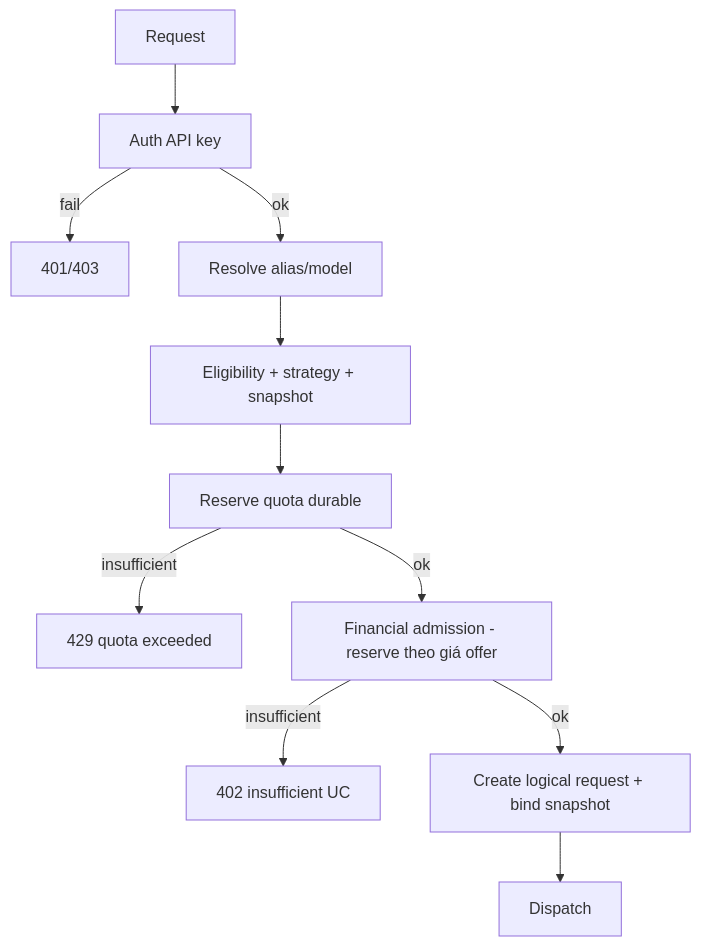
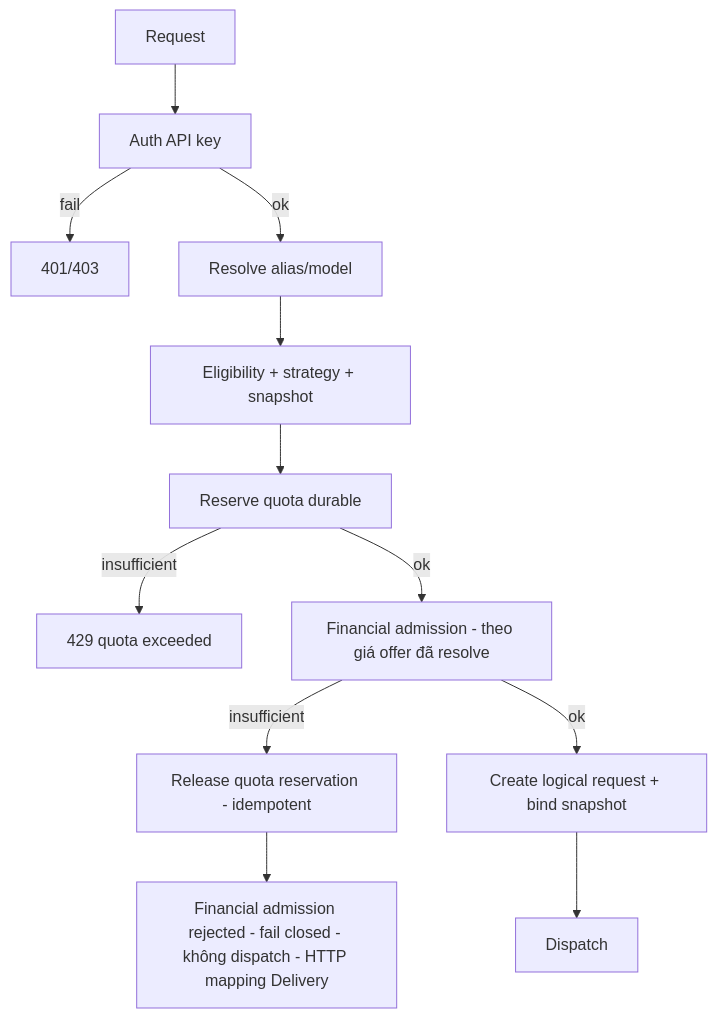
One commit to ecoma-io/ecoma changed the third of 7 diagrams in docs/applications/llm-api/01-architecture.md. Above: the diagram before and after it, drawn with Mermaid. The commit also changed other lines of this file and 18 other files, not shown here.

First line of the commit message:
docs: resolve adversarial review findings on internal sponsorship financial model

````diff
--- a/docs/applications/llm-api/01-architecture.md
+++ b/docs/applications/llm-api/01-architecture.md
@@ -183,13 +196,14 @@
 ```mermaid
 flowchart TD
   R[Request] --> A[Auth API key]
   A -->|fail| E1[401/403]
   A -->|ok| RS[Resolve alias/model]
   RS --> EL[Eligibility + strategy + snapshot]
   EL --> Q[Reserve quota durable]
   Q -->|insufficient| E2[429 quota exceeded]
-  Q -->|ok| FA[Financial admission - reserve theo giá offer]
-  FA -->|insufficient| E3[402 insufficient UC]
+  Q -->|ok| FA[Financial admission - theo giá offer đã resolve]
+  FA -->|insufficient| RQ[Release quota reservation - idempotent]
+  RQ --> E3[Financial admission rejected - fail closed - không dispatch - HTTP mapping Delivery]
   FA -->|ok| LR[Create logical request + bind snapshot]
   LR --> D[Dispatch]
 ```
````
